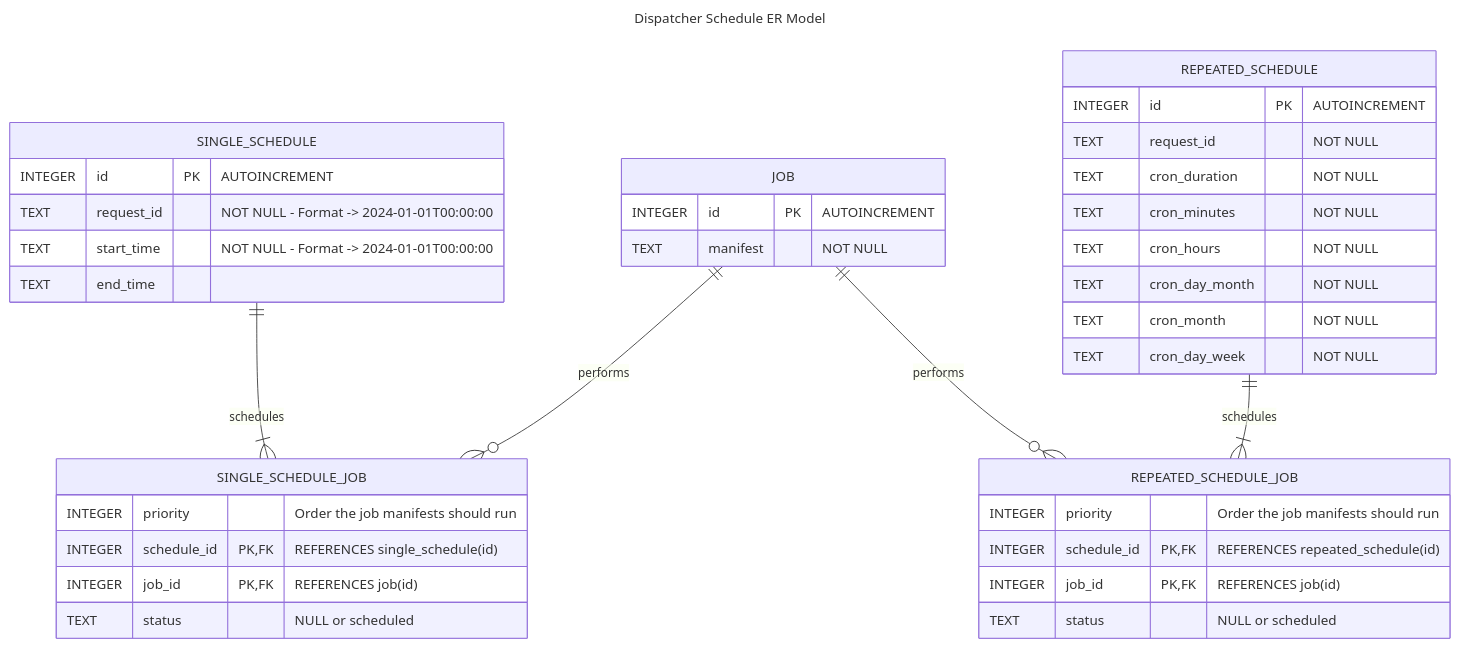
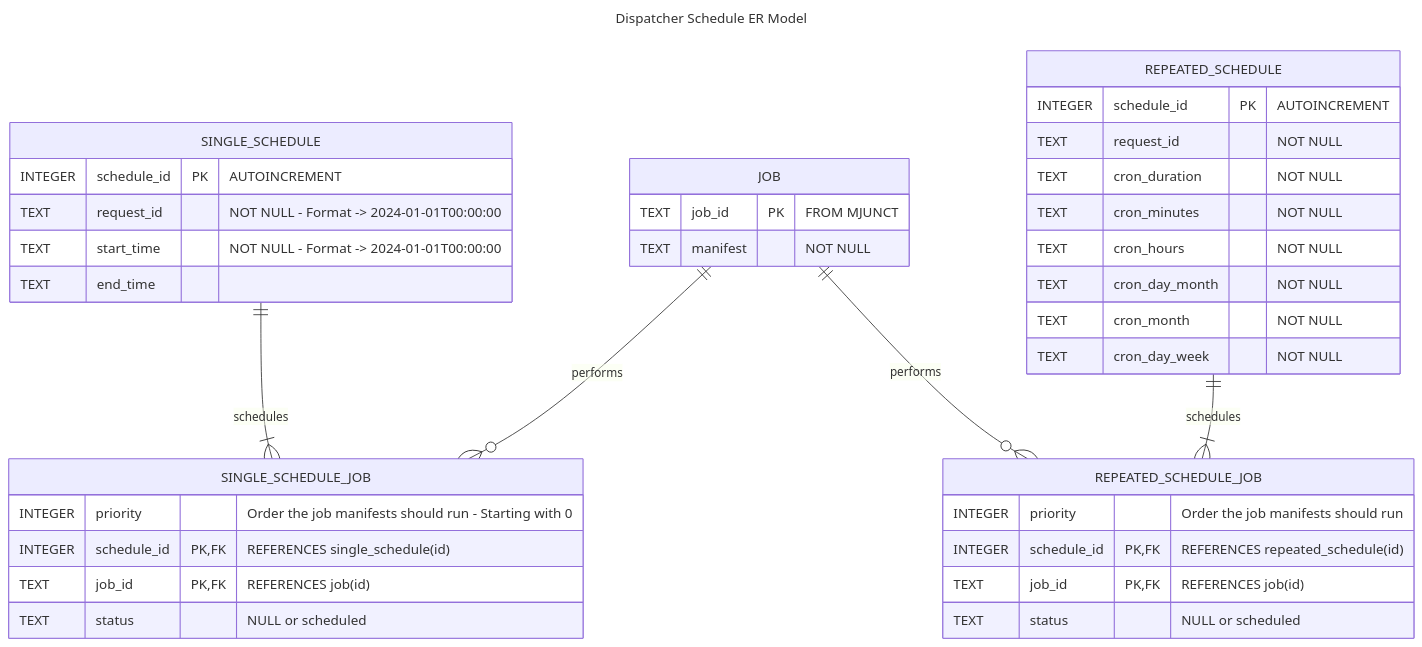
Before and after one commit to intel/intel-inb-manageability: the diagram in docs/Dispatcher Scheduling DB Design.md, drawn with Mermaid. The commit also changed 3 other files, not shown here.

````diff
--- a/docs/Dispatcher Scheduling DB Design.md
+++ b/docs/Dispatcher Scheduling DB Design.md
@@ -22,49 +22,49 @@
 ```mermaid
 ---
 
 title: Dispatcher Schedule ER Model
 
 ---
 
 erDiagram
     SINGLE_SCHEDULE ||--|{ SINGLE_SCHEDULE_JOB : schedules
     SINGLE_SCHEDULE_JOB {
-        INTEGER priority "Order the job manifests should run"
+        INTEGER priority "Order the job manifests should run - Starting with 0"
         INTEGER schedule_id PK, FK "REFERENCES single_schedule(id)"
-        INTEGER job_id PK, FK "REFERENCES job(id)"
+        TEXT job_id PK, FK "REFERENCES job(id)"
         TEXT status "NULL or scheduled"
     }
 
     SINGLE_SCHEDULE {
-        INTEGER id PK "AUTOINCREMENT"
+        INTEGER schedule_id PK "AUTOINCREMENT"
         TEXT request_id "NOT NULL - Format -> 2024-01-01T00:00:00"
         TEXT start_time "NOT NULL - Format -> 2024-01-01T00:00:00"
         TEXT end_time
     }
     JOB ||--o{ SINGLE_SCHEDULE_JOB: performs
     JOB ||--o{ REPEATED_SCHEDULE_JOB : performs
 
     JOB {
-        INTEGER id PK "AUTOINCREMENT"
+        TEXT job_id PK "FROM MJUNCT"
         TEXT manifest "NOT NULL"
     }
     REPEATED_SCHEDULE ||--|{ REPEATED_SCHEDULE_JOB : schedules
     REPEATED_SCHEDULE_JOB {
         INTEGER priority "Order the job manifests should run"
         INTEGER schedule_id PK, FK "REFERENCES repeated_schedule(id)"
-        INTEGER job_id PK, FK "REFERENCES job(id)"
+        TEXT job_id PK, FK "REFERENCES job(id)"
         TEXT status "NULL or scheduled"
     }
 
     REPEATED_SCHEDULE {
-        INTEGER id PK "AUTOINCREMENT"
+        INTEGER schedule_id PK "AUTOINCREMENT"
         TEXT request_id "NOT NULL"
         TEXT cron_duration "NOT NULL"
         TEXT cron_minutes "NOT NULL"
         TEXT cron_hours "NOT NULL"
         TEXT cron_day_month "NOT NULL"
         TEXT cron_month "NOT NULL"
         TEXT cron_day_week "NOT NULL"
     }
     
 ```
````
